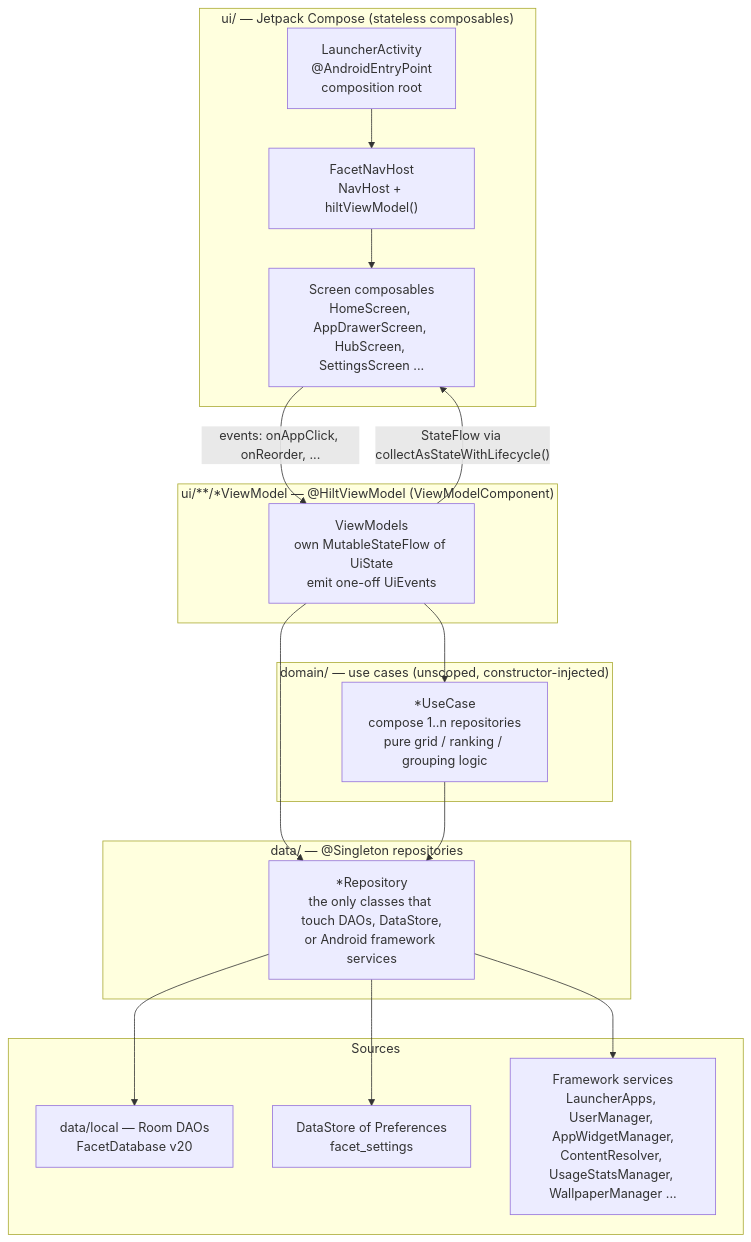
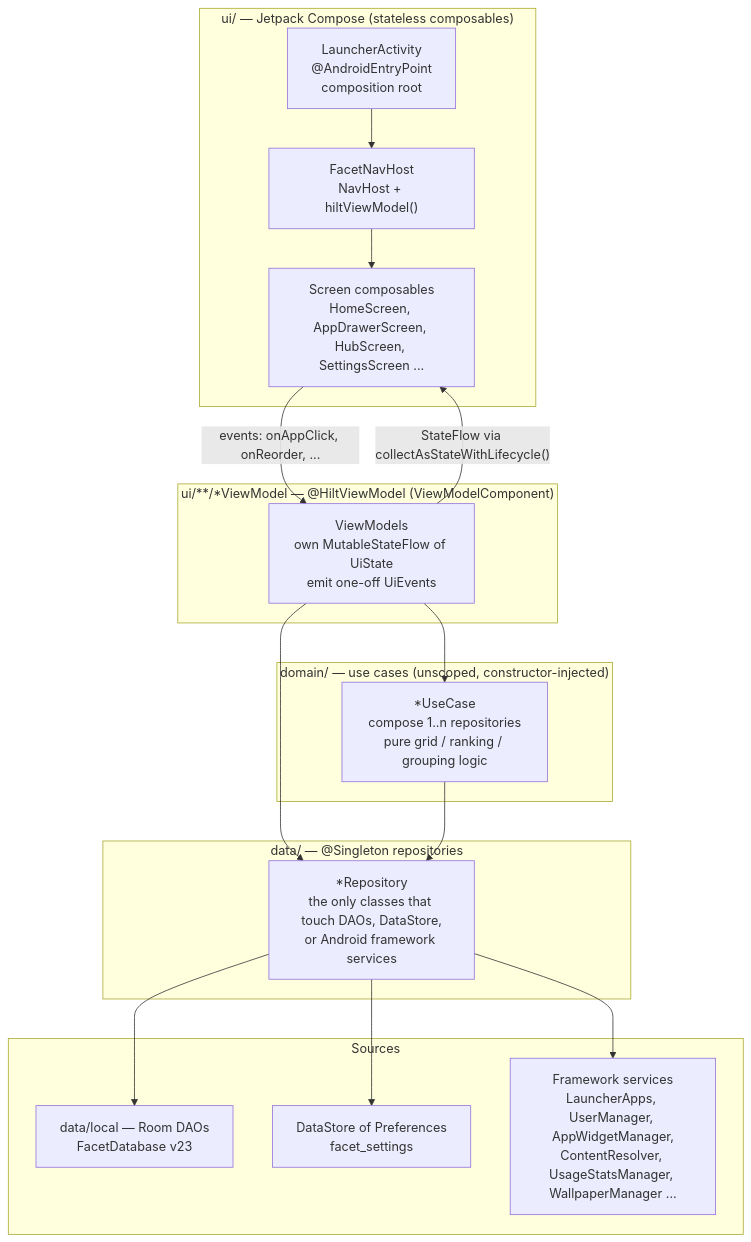
One commit to rohitganjam/facet-launcher changed the first of 3 diagrams in docs/architecture/01-architecture-and-layers.md. Above: the diagram before and after it, drawn with Mermaid. The commit also changed 60 other files, not shown here.

````diff
--- a/docs/architecture/01-architecture-and-layers.md
+++ b/docs/architecture/01-architecture-and-layers.md
@@ -8,36 +8,36 @@
 ```mermaid
 flowchart TB
     subgraph UI["ui/ — Jetpack Compose (stateless composables)"]
         ACT["LauncherActivity\n@AndroidEntryPoint\ncomposition root"]
         NAV["FacetNavHost\nNavHost + hiltViewModel()"]
         SCR["Screen composables\nHomeScreen, AppDrawerScreen, HubScreen, SettingsScreen ..."]
         ACT --> NAV --> SCR
     end
 
     subgraph VM["ui/**/*ViewModel — @HiltViewModel (ViewModelComponent)"]
         VMS["ViewModels\nown MutableStateFlow of UiState\nemit one-off UiEvents"]
     end
 
     subgraph DOM["domain/ — use cases (unscoped, constructor-injected)"]
         UC["*UseCase\ncompose 1..n repositories\npure grid / ranking / grouping logic"]
     end
 
     subgraph DATA["data/ — @Singleton repositories"]
         REPO["*Repository\nthe only classes that touch DAOs, DataStore,\nor Android framework services"]
     end
 
     subgraph SRC["Sources"]
-        DAO["data/local — Room DAOs\nFacetDatabase v20"]
+        DAO["data/local — Room DAOs\nFacetDatabase v23"]
         DS["DataStore of Preferences\nfacet_settings"]
         FW["Framework services\nLauncherApps, UserManager, AppWidgetManager,\nContentResolver, UsageStatsManager, WallpaperManager ..."]
     end
 
     SCR -- "events: onAppClick, onReorder, ..." --> VMS
     VMS -- "StateFlow via collectAsStateWithLifecycle()" --> SCR
     VMS --> UC
     VMS --> REPO
     UC --> REPO
     REPO --> DAO
     REPO --> DS
     REPO --> FW
 ```
````
